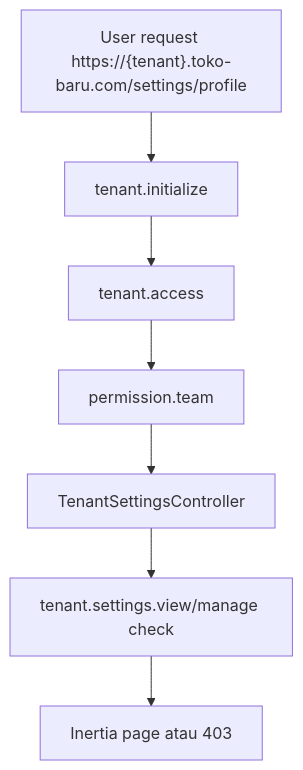
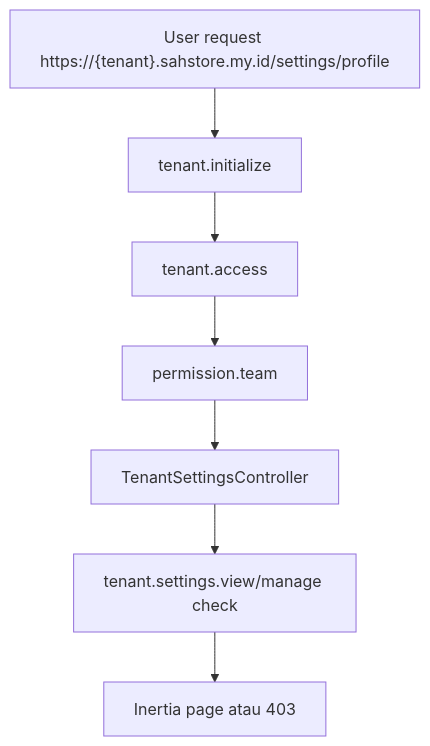
The diagram in docs/03-features/tenant-settings.md (mutihakim/toko), drawn with Mermaid before and after one commit. The commit also changed other lines of this file and 15 other files, not shown here.

````diff
--- a/docs/03-features/tenant-settings.md
+++ b/docs/03-features/tenant-settings.md
@@ -24,9 +24,9 @@
 ```mermaid
 flowchart TD
-  A["User request https://{tenant}.toko-baru.com/settings/profile"] --> B["tenant.initialize"]
+  A["User request https://{tenant}.sahstore.my.id/settings/profile"] --> B["tenant.initialize"]
   B --> C["tenant.access"]
   C --> D["permission.team"]
   D --> E["TenantSettingsController"]
   E --> F["tenant.settings.view/manage check"]
   F --> G["Inertia page atau 403"]
 ```
````
